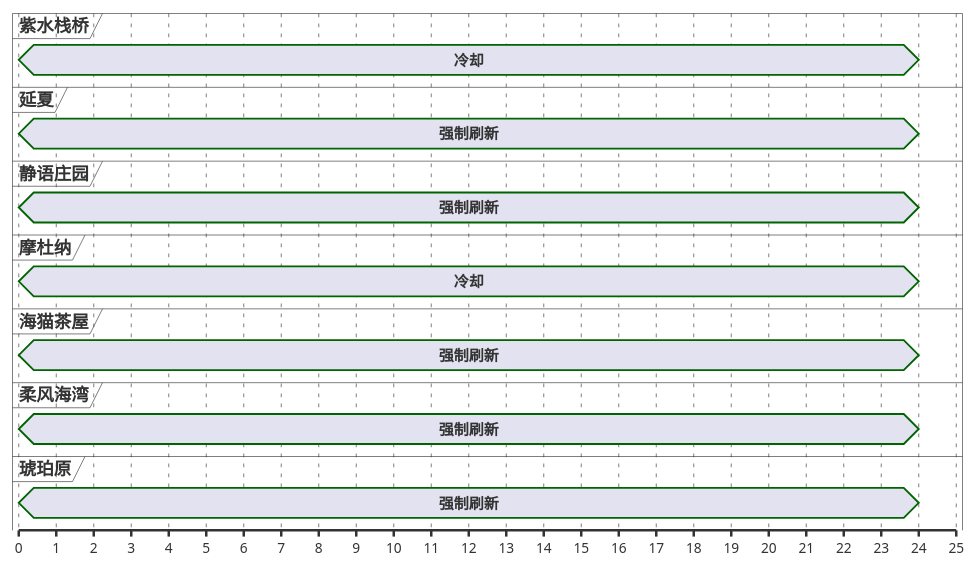
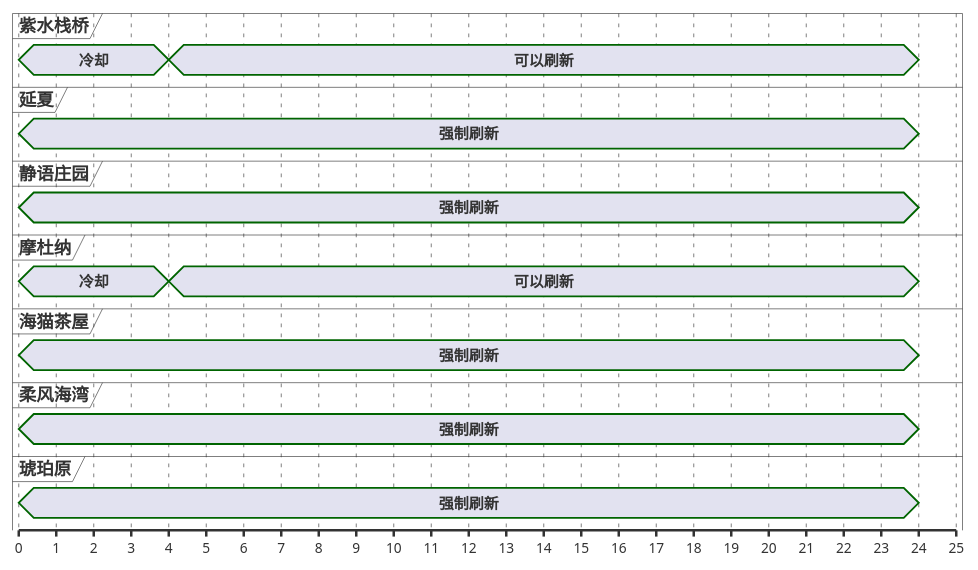
One commit to Eroleice/doc-pi changed the third of 13 diagrams in ffxiv/hunt/2.0/the-Garlok.md. Above: the diagram before and after it, drawn with PlantUML. The commit also changed other lines of this file and 38 other files, not shown here.

````diff
--- a/ffxiv/hunt/2.0/the-Garlok.md
+++ b/ffxiv/hunt/2.0/the-Garlok.md
@@ -149,46 +149,46 @@
 ```plantuml
 @startuml
 scale 1 as 30 pixels
 
 concise 紫水栈桥
 concise 延夏
 concise 静语庄园
 concise 摩杜纳
 concise 海猫茶屋
 concise 柔风海湾
 concise 琥珀原
 
 @琥珀原
 0 is 强制刷新
 24 is {hidden}
 
 @静语庄园
 0 is 强制刷新
 24 is {hidden}
 
 @海猫茶屋
 0 is 强制刷新
 24 is {hidden}
 
 @柔风海湾
 0 is 强制刷新
 24 is {hidden}
 
 @延夏
 0 is 强制刷新
 24 is {hidden}
 
 @摩杜纳
 0 is 冷却
-0 is 可以刷新
-0 is 强制刷新
+4 is 可以刷新
+4 is 强制刷新
 24 is {hidden}
 
 @紫水栈桥
 0 is 冷却
-0 is 可以刷新
-0 is 强制刷新
+4 is 可以刷新
+4 is 强制刷新
 24 is {hidden}
 
 @enduml
 ```
````
